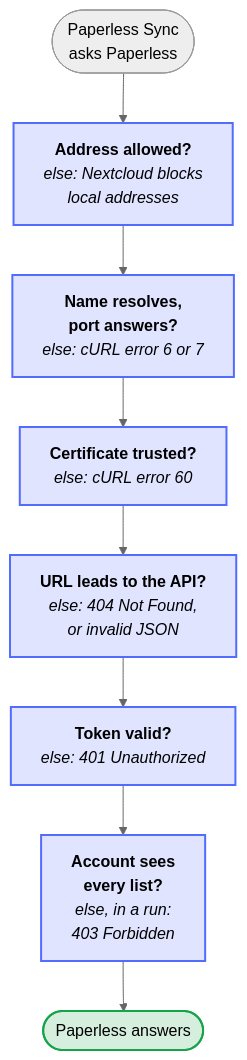
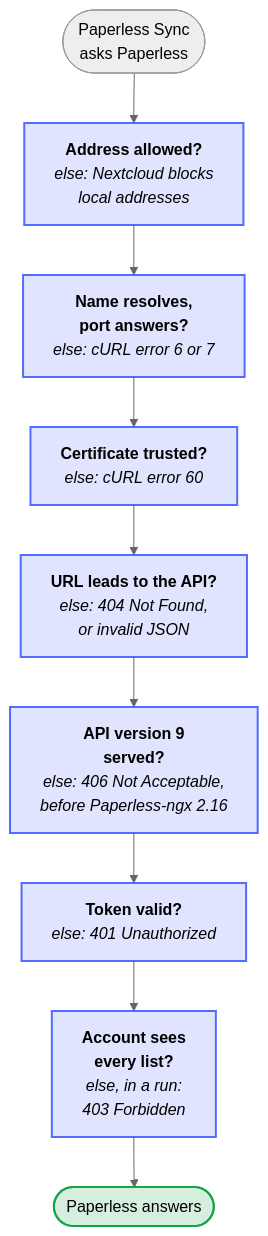
One commit to Dennis-Otto/paperless-sync changed the diagram in docs/diagrams/the-way-of-a-request-from-nextcloud-to-paperless-and-the-error-of-each.mmd. Above: the diagram before and after it, drawn with Mermaid (neutral theme). The commit also changed 53 other files, not shown here.

First line of the commit message:
fix(inbox)!: read Paperless 3.x task results, give up on lost tasks and pin the API version (#144)

```diff
--- a/docs/diagrams/the-way-of-a-request-from-nextcloud-to-paperless-and-the-error-of-each.mmd
+++ b/docs/diagrams/the-way-of-a-request-from-nextcloud-to-paperless-and-the-error-of-each.mmd
@@ -1,24 +1,25 @@
 ---
 config:
   flowchart:
     nodeSpacing: 24
 ---
 flowchart TB
     accTitle: The way of a request from Nextcloud to Paperless, and the error of each step
-    accDescr: A request of Paperless Sync passes six steps before Paperless answers with the documents. An address of the local network needs the setting Paperless runs in my local network, or Nextcloud blocks it. The name must resolve and Paperless must answer at its port, or the message has cURL error 6 or 7. A certificate of HTTPS must be one that Nextcloud trusts, or the message has cURL error 60. The URL must lead to the API of Paperless, or the answer is 404 Not Found, or a page of a login that is no JSON. The token must be valid, or the answer is 401 Unauthorized. Finally, in a run, the account must see every list that the run reads, or the answer is 403 Forbidden.
+    accDescr: A request of Paperless Sync passes seven steps before Paperless answers with the documents. An address of the local network needs the setting Paperless runs in my local network, or Nextcloud blocks it. The name must resolve and Paperless must answer at its port, or the message has cURL error 6 or 7. A certificate of HTTPS must be one that Nextcloud trusts, or the message has cURL error 60. The URL must lead to the API of Paperless, or the answer is 404 Not Found, or a page of a login that is no JSON. Paperless must serve version 9 of its API, as Paperless-ngx 2.16 and newer do, or the answer is 406 Not Acceptable. The token must be valid, or the answer is 401 Unauthorized. Finally, in a run, the account must see every list that the run reads, or the answer is 403 Forbidden.
 
     request(["Paperless Sync<br>asks Paperless"])
     local["`**Address allowed?**<br>*else: Nextcloud blocks<br>local addresses*`"]
     reach["`**Name resolves,<br>port answers?**<br>*else: cURL error 6 or 7*`"]
     tls["`**Certificate trusted?**<br>*else: cURL error 60*`"]
     api["`**URL leads to the API?**<br>*else: 404 Not Found,<br>or invalid JSON*`"]
+    version["`**API version 9<br>served?**<br>*else: 406 Not Acceptable,<br>before Paperless-ngx 2.16*`"]
     token["`**Token valid?**<br>*else: 401 Unauthorized*`"]
     lists["`**Account sees<br>every list?**<br>*else, in a run:<br>403 Forbidden*`"]
     done(["Paperless answers"])
 
-    request --> local --> reach --> tls --> api --> token --> lists --> done
+    request --> local --> reach --> tls --> api --> version --> token --> lists --> done
 
     classDef check fill:#526cfe2e,stroke:#526cfe,stroke-width:2px
     classDef done fill:#16a34a2e,stroke:#16a34a,stroke-width:2px
-    class local,reach,tls,api,token,lists check
+    class local,reach,tls,api,version,token,lists check
     class done done
```
